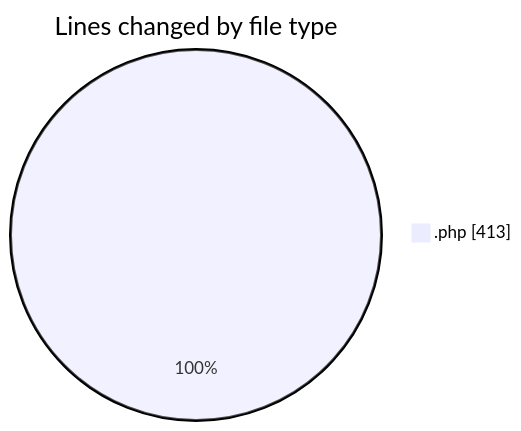
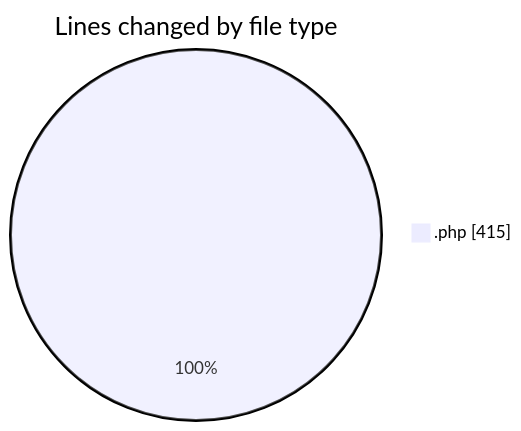
One commit to LanceThiago/code-tracking changed the first of 2 diagrams in 2025-08-06/oficina/README.md. Above: the diagram before and after it, drawn with Mermaid. The commit also changed other lines of this file and 1 other file, not shown here.

````diff
--- a/2025-08-06/oficina/README.md
+++ b/2025-08-06/oficina/README.md
@@ -20,5 +20,5 @@
 ```mermaid
 pie showData
 title Lines changed by file type
-".php" : 413
+".php" : 415
 ```
````
